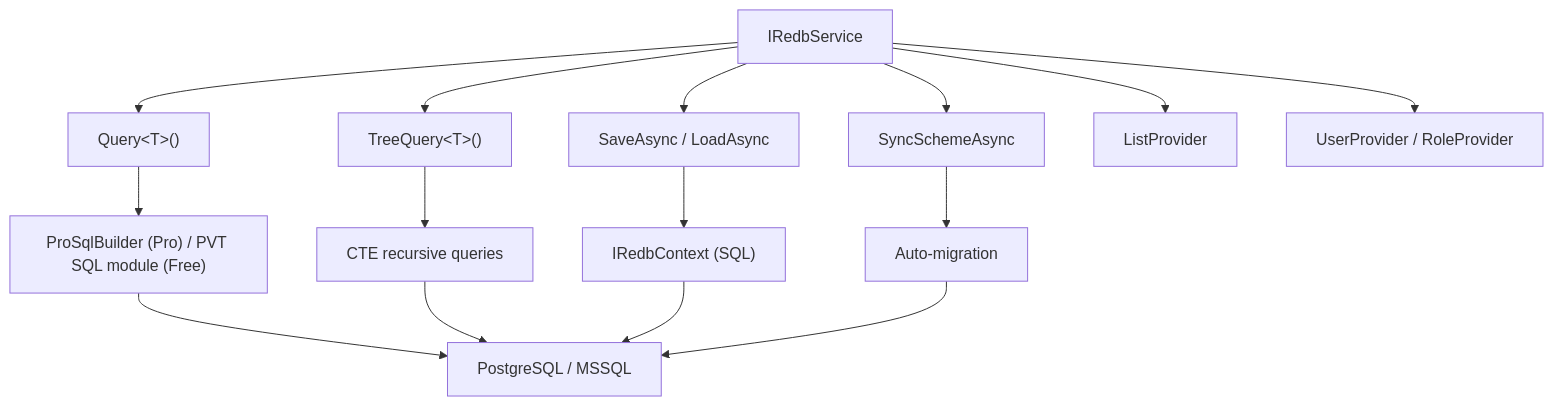
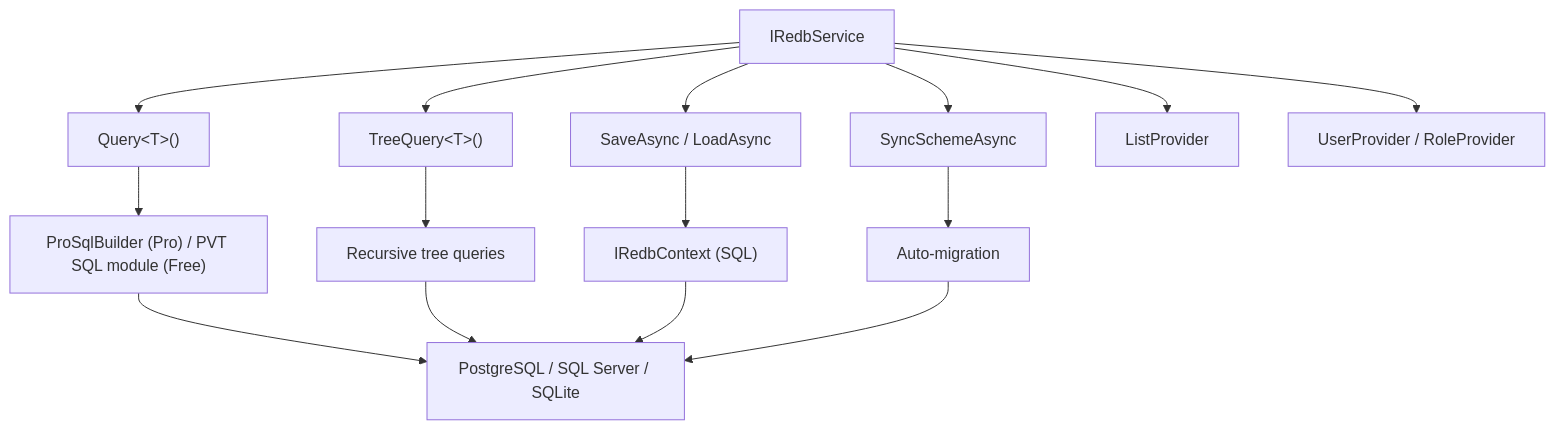
The diagram in data/readmes/redbase-app__redb.md (zqf20096327/dbhub_collect), drawn with Mermaid before and after one commit. The commit also changed other lines of this file and 404 other files, not shown here.

````diff
--- a/data/readmes/redbase-app__redb.md
+++ b/data/readmes/redbase-app__redb.md
@@ -648,19 +717,19 @@
 ```mermaid
 graph TD
     A["IRedbService"] --> B["Query&lt;T&gt;()"]
     A --> C["TreeQuery&lt;T&gt;()"]
     A --> D["SaveAsync / LoadAsync"]
     A --> E["SyncSchemeAsync"]
     A --> F["ListProvider"]
     A --> G["UserProvider / RoleProvider"]
     
     B --> H["ProSqlBuilder (Pro) / PVT SQL module (Free)"]
-    C --> I["CTE recursive queries"]
+    C --> I["Recursive tree queries"]
     D --> J["IRedbContext (SQL)"]
     E --> K["Auto-migration"]
     
-    H --> L["PostgreSQL / MSSQL"]
+    H --> L["PostgreSQL / SQL Server / SQLite"]
     I --> L
     J --> L
     K --> L
 ```
````
